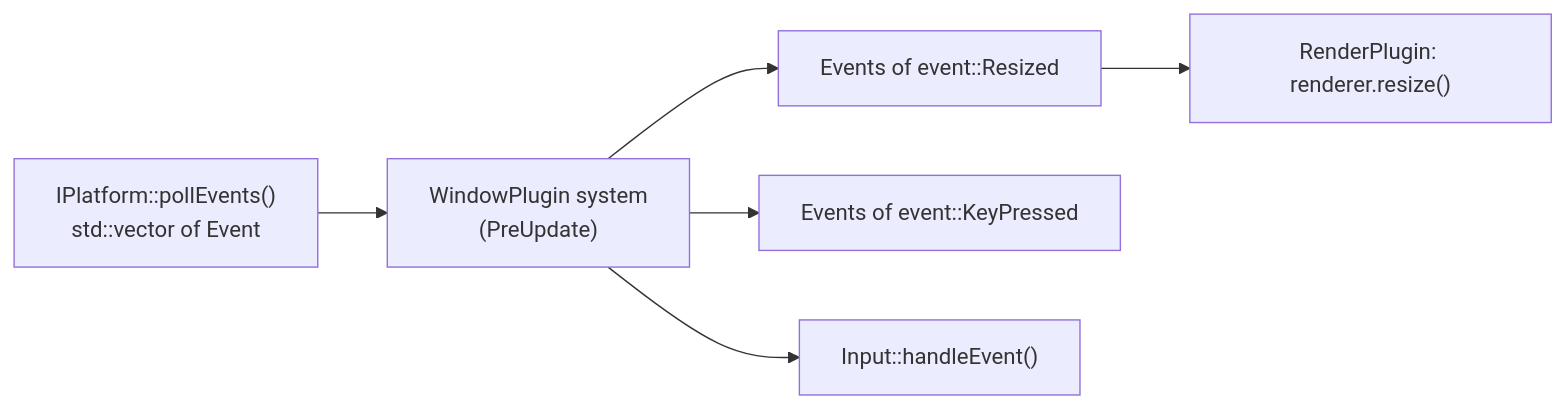
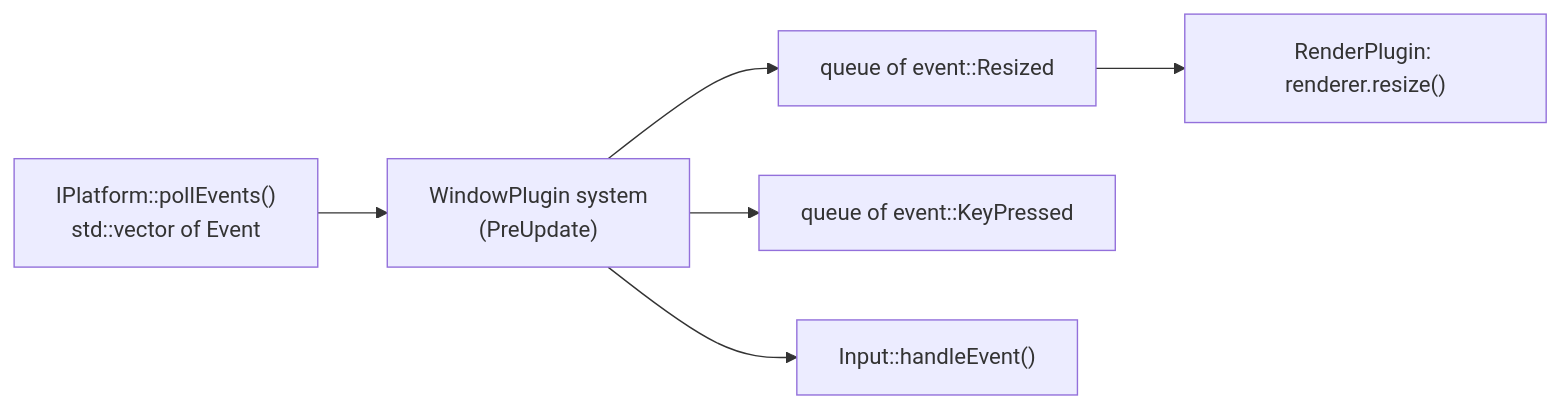
One commit to Charles-Mahoudeau/rtype changed the second of 2 diagrams in docs/ecs/features/11-events.md. Above: the diagram before and after it, drawn with Mermaid. The commit also changed other lines of this file and 3 other files, not shown here.

````diff
--- a/docs/ecs/features/11-events.md
+++ b/docs/ecs/features/11-events.md
@@ -92,8 +168,8 @@
 ```mermaid
 flowchart LR
     platform["IPlatform::pollEvents()<br/>std::vector of Event"] --> forward["WindowPlugin system<br/>(PreUpdate)"]
-    forward --> resized["Events of event::Resized"]
-    forward --> keys["Events of event::KeyPressed"]
+    forward --> resized["queue of event::Resized"]
+    forward --> keys["queue of event::KeyPressed"]
     forward --> input["Input::handleEvent()"]
     resized --> render["RenderPlugin: renderer.resize()"]
 ```
````
